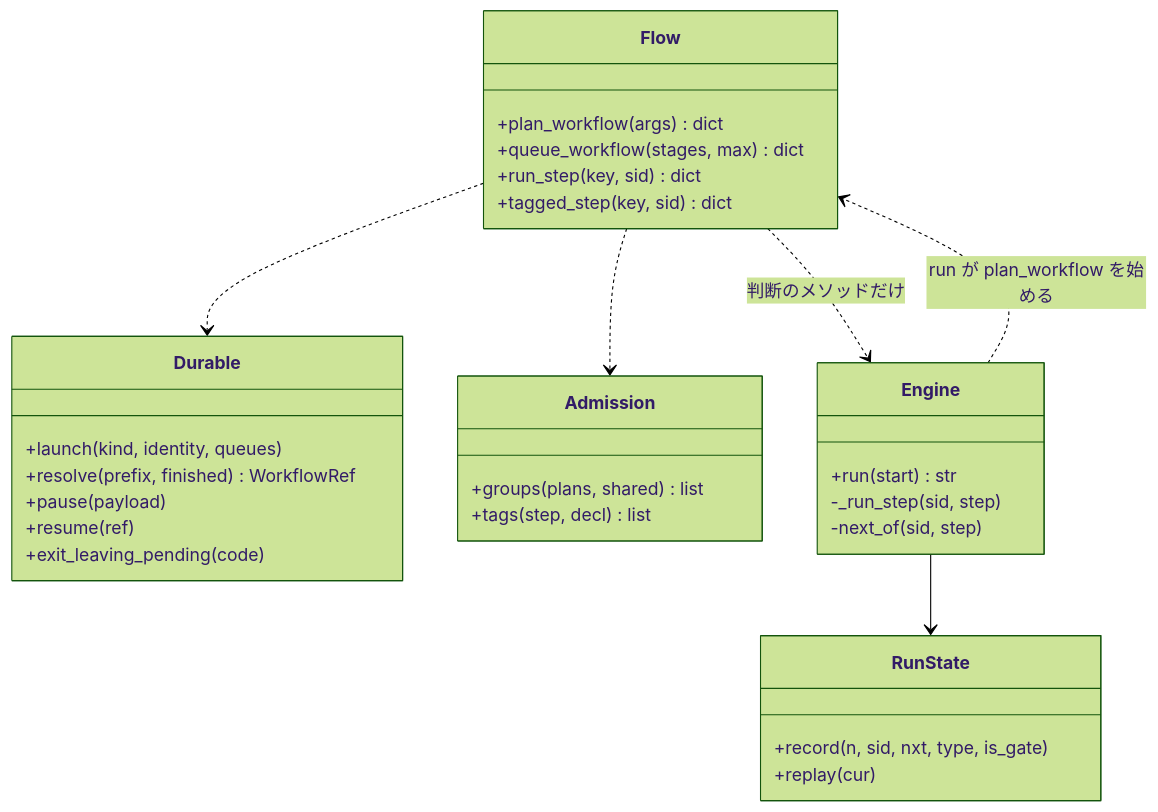
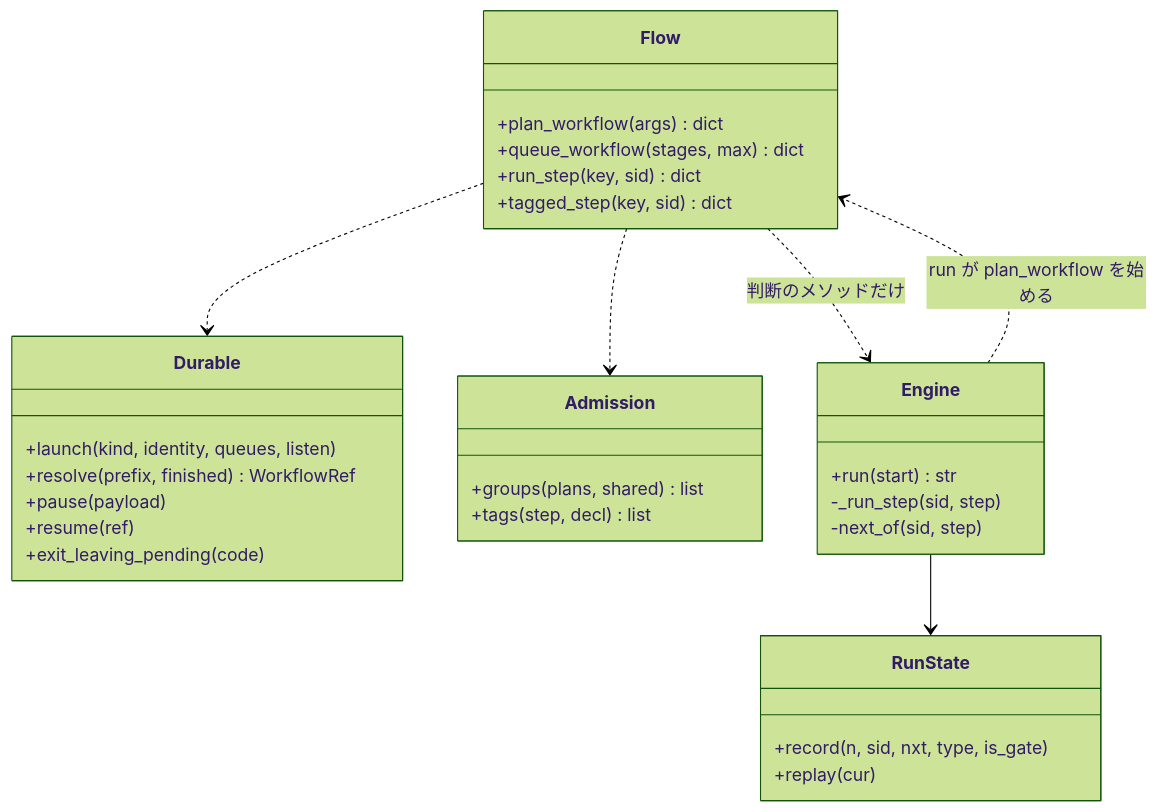
The third of 7 diagrams in issues/issue-1142-design-dbos.md (devbasex/ai-plugins), drawn with Mermaid (forest theme) before and after one commit. The commit also changed other lines of this file, not shown here.

````diff
--- a/issues/issue-1142-design-dbos.md
+++ b/issues/issue-1142-design-dbos.md
@@ -224,34 +224,34 @@
 ```mermaid
 classDiagram
     class Durable {
-        +launch(kind, identity, queues)
+        +launch(kind, identity, queues, listen)
         +resolve(prefix, finished) WorkflowRef
         +pause(payload)
         +resume(ref)
         +exit_leaving_pending(code)
     }
     class Flow {
         +plan_workflow(args) dict
         +queue_workflow(stages, max) dict
         +run_step(key, sid) dict
         +tagged_step(key, sid) dict
     }
     class Admission {
         +groups(plans, shared) list
         +tags(step, decl) list
     }
     class Engine {
         +run(start) str
         -_run_step(sid, step)
         -next_of(sid, step)
     }
     class RunState {
         +record(n, sid, nxt, type, is_gate)
         +replay(cur)
     }
     Flow ..> Durable
     Flow ..> Admission
     Flow ..> Engine : 判断のメソッドだけ
     Engine --> RunState
     Engine ..> Flow : run が plan_workflow を始める
 ```
````
